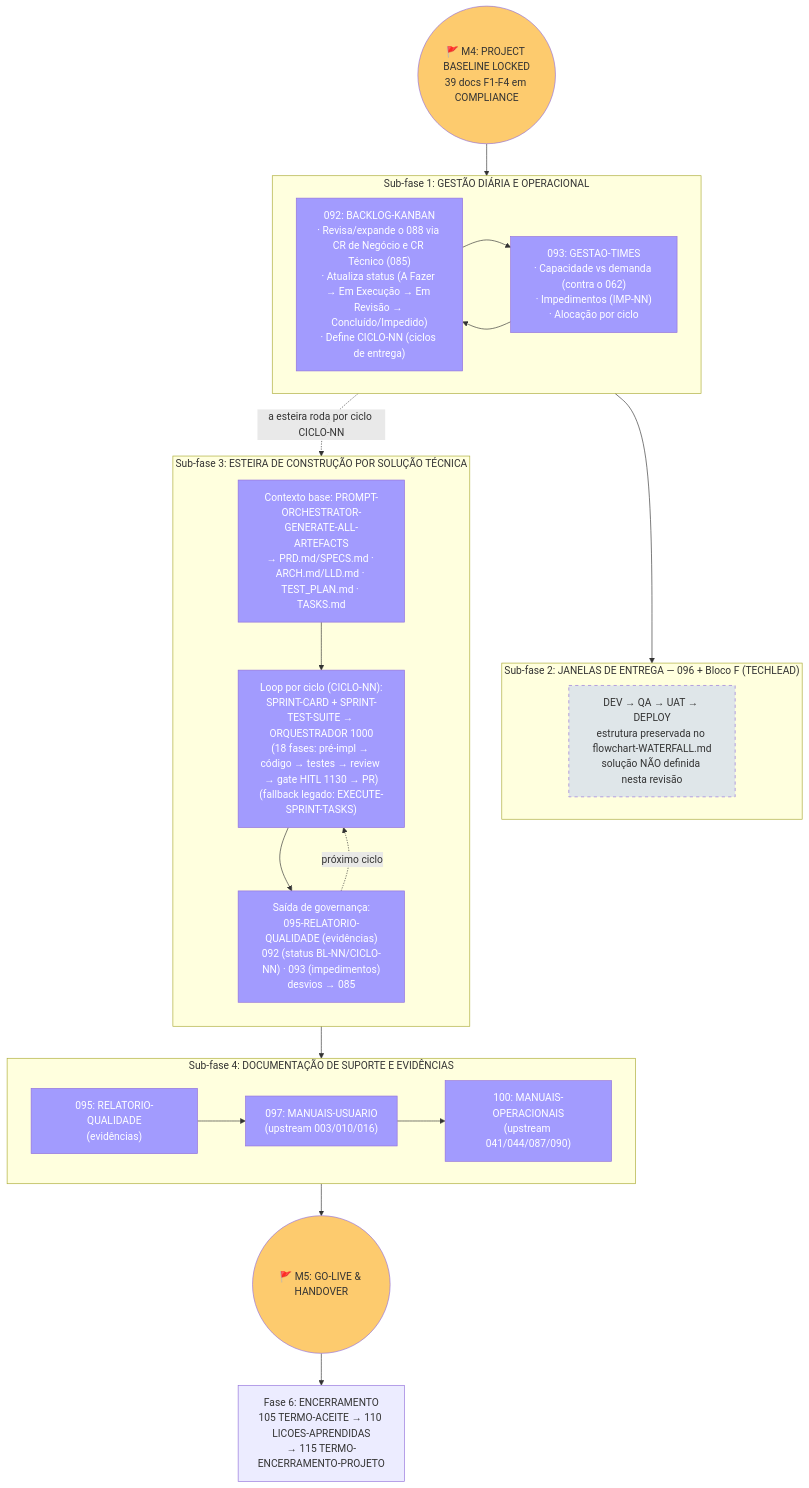
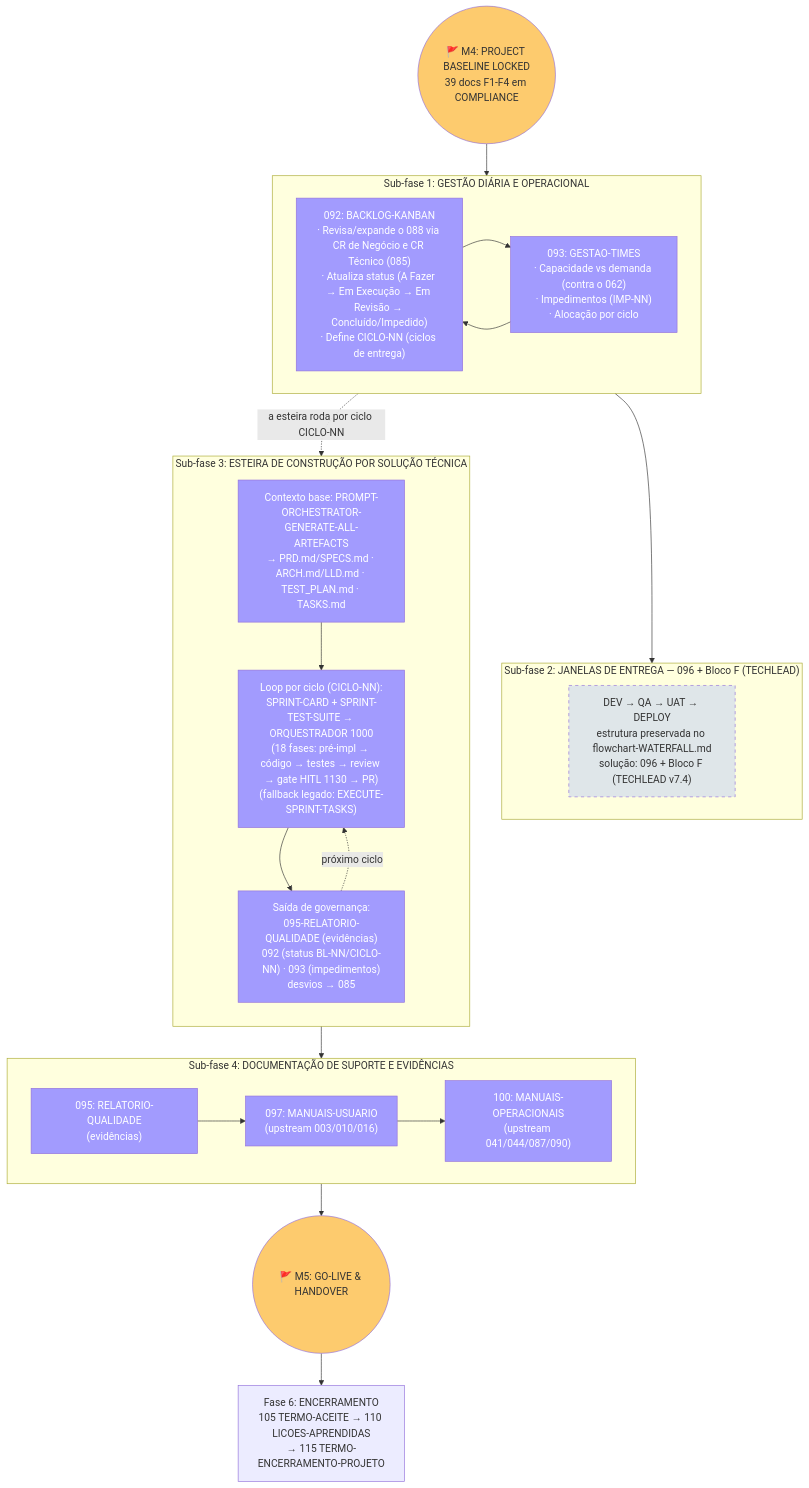
One commit to bolismar69/workspace-fbso changed the fifth of 11 diagrams in .specs/prompts/project-documents-waterfall/FLOWCHART-PROMPT-ROADMAP-GENERATE-PROJECT-DOCUMENTS-WATERFALL.md. Above: the diagram before and after it, drawn with Mermaid. The commit also changed other lines of this file and 16 other files, not shown here.

First line of the commit message:
fix: consistência geral dos roadmaps e flowcharts — versões, Mermaid e referências internas

````diff
--- a/.specs/prompts/project-documents-waterfall/FLOWCHART-PROMPT-ROADMAP-GENERATE-PROJECT-DOCUMENTS-WATERFALL.md
+++ b/.specs/prompts/project-documents-waterfall/FLOWCHART-PROMPT-ROADMAP-GENERATE-PROJECT-DOCUMENTS-WATERFALL.md
@@ -430,50 +430,50 @@
 ```mermaid
 flowchart TD
     M4_IN(("🚩 M4: PROJECT BASELINE LOCKED<br/>39 docs F1-F4 em COMPLIANCE")) --> SF1
 
     subgraph SF1["Sub-fase 1: GESTÃO DIÁRIA E OPERACIONAL"]
         direction LR
         D092_GEN["092: BACKLOG-KANBAN<br/>· Revisa/expande o 088 via CR de Negócio e CR Técnico (085)<br/>· Atualiza status (A Fazer → Em Execução → Em Revisão → Concluído/Impedido)<br/>· Define CICLO-NN (ciclos de entrega)"] --> D093_GEN["093: GESTAO-TIMES<br/>· Capacidade vs demanda (contra o 062)<br/>· Impedimentos (IMP-NN)<br/>· Alocação por ciclo"]
         D093_GEN --> D092_GEN
     end
 
     SF1 --> SF2
 
     subgraph SF2["Sub-fase 2: JANELAS DE ENTREGA — 096 + Bloco F (TECHLEAD)"]
-        JANELAS["DEV → QA → UAT → DEPLOY<br/>estrutura preservada no flowchart-WATERFALL.md<br/>solução NÃO definida nesta revisão"]
+        JANELAS["DEV → QA → UAT → DEPLOY<br/>estrutura preservada no flowchart-WATERFALL.md<br/>solução: 096 + Bloco F (TECHLEAD v7.4)"]
     end
 
     SF1 -.->|"a esteira roda por ciclo CICLO-NN"| SF3
 
     subgraph SF3["Sub-fase 3: ESTEIRA DE CONSTRUÇÃO POR SOLUÇÃO TÉCNICA"]
         direction TB
         CTX["Contexto base: PROMPT-ORCHESTRATOR-GENERATE-ALL-ARTEFACTS<br/>→ PRD.md/SPECS.md · ARCH.md/LLD.md · TEST_PLAN.md · TASKS.md"] --> CICLO["Loop por ciclo (CICLO-NN):<br/>SPRINT-CARD + SPRINT-TEST-SUITE → ORQUESTRADOR 1000<br/>(18 fases: pré-impl → código → testes → review → gate HITL 1130 → PR)<br/>(fallback legado: EXECUTE-SPRINT-TASKS)"]
         CICLO --> GOV["Saída de governança:<br/>095-RELATORIO-QUALIDADE (evidências)<br/>092 (status BL-NN/CICLO-NN) · 093 (impedimentos)<br/>desvios → 085"]
         GOV -.->|"próximo ciclo"| CICLO
     end
 
     SF3 --> SF4
 
     subgraph SF4["Sub-fase 4: DOCUMENTAÇÃO DE SUPORTE E EVIDÊNCIAS"]
         direction LR
         D095F2["095: RELATORIO-QUALIDADE<br/>(evidências)"] --> D097F["097: MANUAIS-USUARIO<br/>(upstream 003/010/016)"]
         D097F --> D100F["100: MANUAIS-OPERACIONAIS<br/>(upstream 041/044/087/090)"]
     end
 
     SF4 --> M5_OUT(("🚩 M5: GO-LIVE & HANDOVER"))
     M5_OUT --> F6
 
     F6["Fase 6: ENCERRAMENTO<br/>105 TERMO-ACEITE → 110 LICOES-APRENDIDAS<br/>→ 115 TERMO-ENCERRAMENTO-PROJETO"]
 
     style D092_GEN fill:#a29bfe,color:#fff
     style D093_GEN fill:#a29bfe,color:#fff
     style JANELAS fill:#dfe6e9,color:#333,stroke-dasharray: 5 5
     style CTX fill:#a29bfe,color:#fff
     style CICLO fill:#a29bfe,color:#fff
     style GOV fill:#a29bfe,color:#fff
     style D095F2 fill:#a29bfe,color:#fff
     style D097F fill:#a29bfe,color:#fff
     style D100F fill:#a29bfe,color:#fff
     style M4_IN fill:#fdcb6e,color:#333
     style M5_OUT fill:#fdcb6e,color:#333
 ```
````
